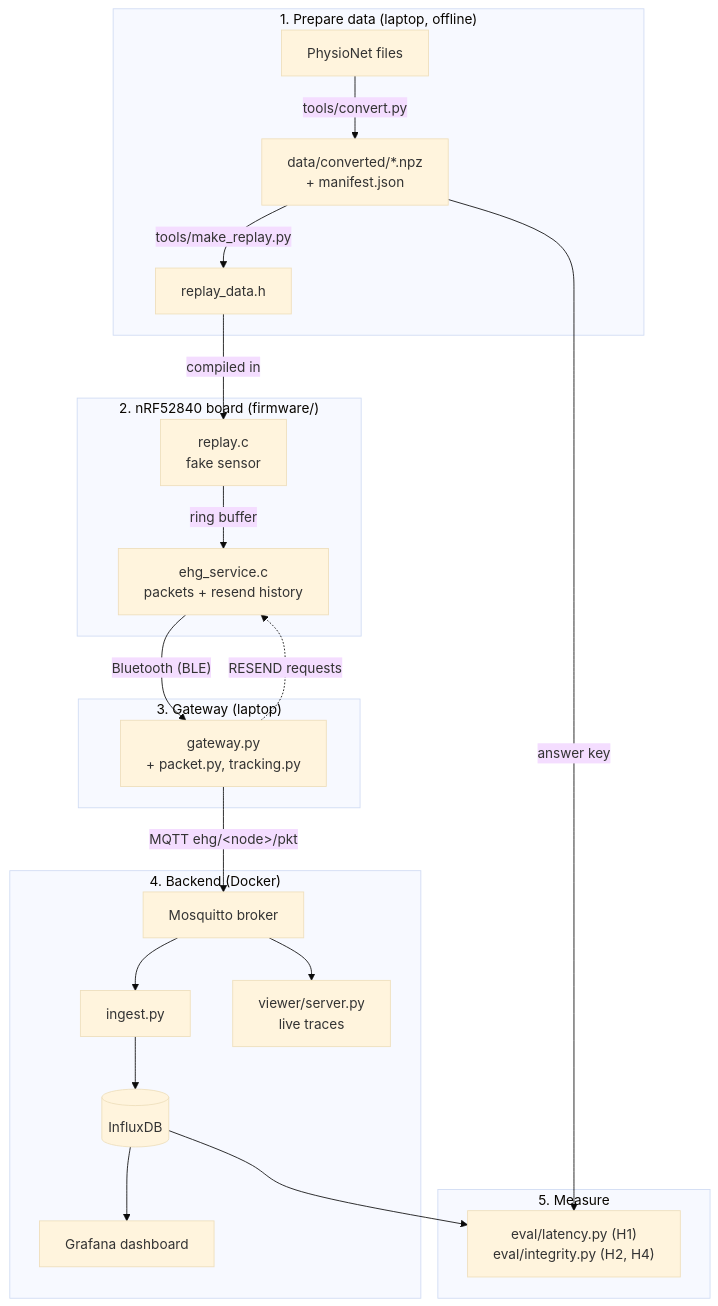
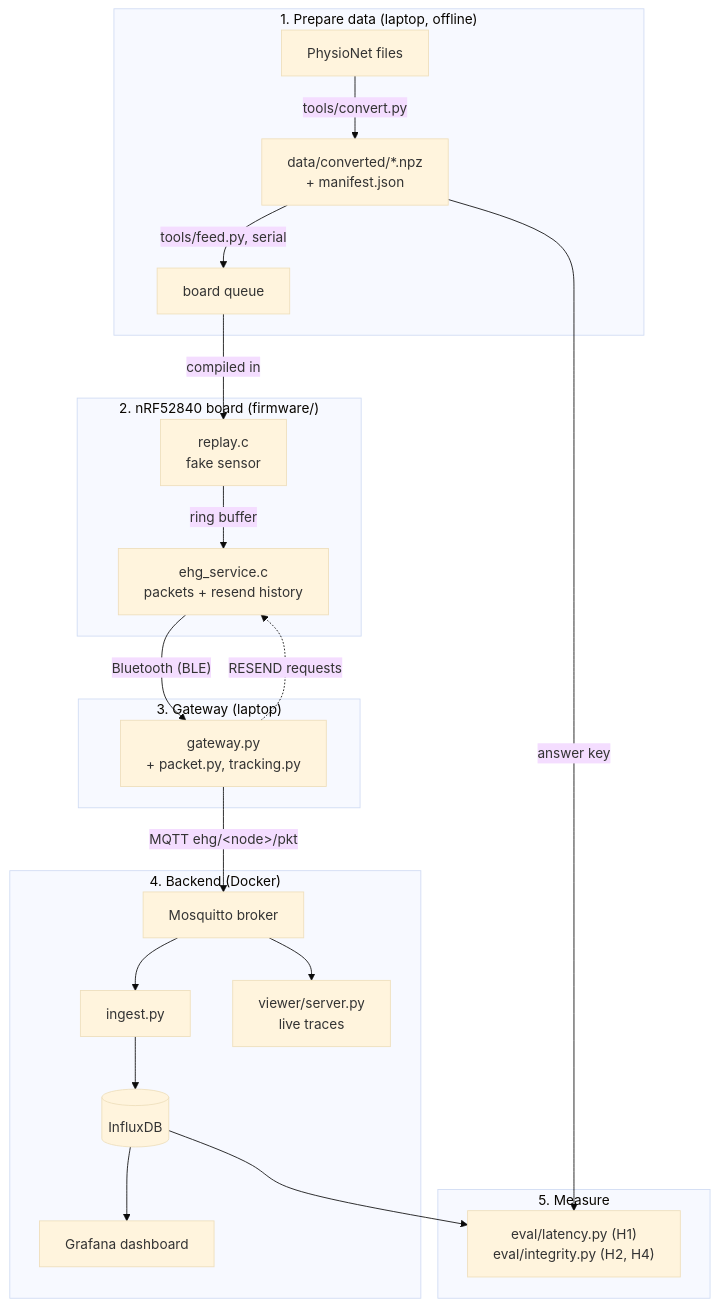
One commit to bpetselis01/ehg_embedded changed the diagram in docs/codebase-guide.md. Above: the diagram before and after it, drawn with Mermaid (base theme). The commit also changed other lines of this file and 33 other files, not shown here.

````diff
--- a/docs/codebase-guide.md
+++ b/docs/codebase-guide.md
@@ -28,38 +28,38 @@
 ```mermaid
 flowchart TD
     subgraph PREP["1. Prepare data (laptop, offline)"]
         A["PhysioNet files"] -->|tools/convert.py| B["data/converted/*.npz<br/>+ manifest.json"]
-        B -->|tools/make_replay.py| C["replay_data.h"]
+        B -->|tools/feed.py, serial| C["board queue"]
     end
 
     subgraph BOARD["2. nRF52840 board (firmware/)"]
         D["replay.c<br/>fake sensor"] -->|ring buffer| E["ehg_service.c<br/>packets + resend history"]
     end
 
     subgraph LAPTOP["3. Gateway (laptop)"]
         F["gateway.py<br/>+ packet.py, tracking.py"]
     end
 
     subgraph BACKEND["4. Backend (Docker)"]
         G["Mosquitto broker"]
         H["ingest.py"]
         I[("InfluxDB")]
         J["Grafana dashboard"]
         K["viewer/server.py<br/>live traces"]
     end
 
     subgraph EVAL["5. Measure"]
         L["eval/latency.py (H1)<br/>eval/integrity.py (H2, H4)"]
     end
 
     C -->|compiled in| D
     E -->|"Bluetooth (BLE)"| F
     F -.->|RESEND requests| E
     F -->|"MQTT ehg/&lt;node&gt;/pkt"| G
     G --> H
     G --> K
     H --> I
     I --> J
     I --> L
     B -->|answer key| L
 ```
````
